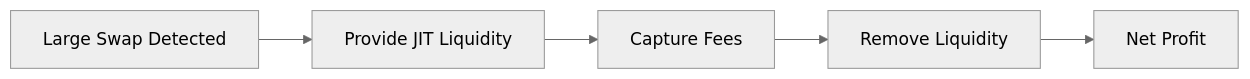
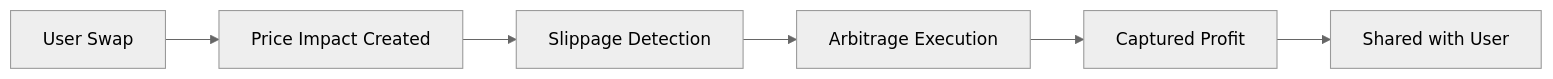
Before and after one commit to reflex-mev/reflex: the fifth of 5 diagrams in website/docs/technical/architecture/overview.md, drawn with Mermaid (neutral theme). The commit also changed other lines of this file, not shown here.

````diff
--- a/website/docs/technical/architecture/overview.md
+++ b/website/docs/technical/architecture/overview.md
@@ -187,7 +174,8 @@
 ```mermaid
 graph LR
-    Swap[Large Swap Detected] --> Provide[Provide JIT Liquidity]
-    Provide --> Capture[Capture Fees]
-    Capture --> Remove[Remove Liquidity]
-    Remove --> Profit[Net Profit]
+    UserSwap[User Swap] --> PriceImpact[Price Impact Created]
+    PriceImpact --> Detection[Slippage Detection]
+    Detection --> Correction[Arbitrage Execution]
+    Correction --> Profit[Captured Profit]
+    Profit --> UserShare[Shared with User]
 ```
````
